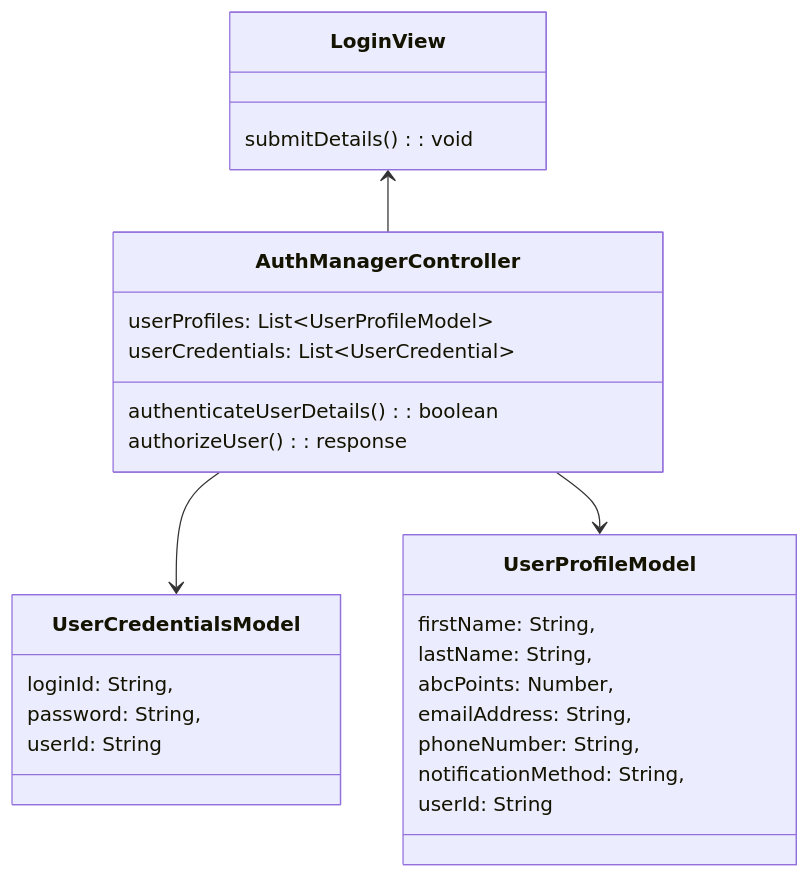
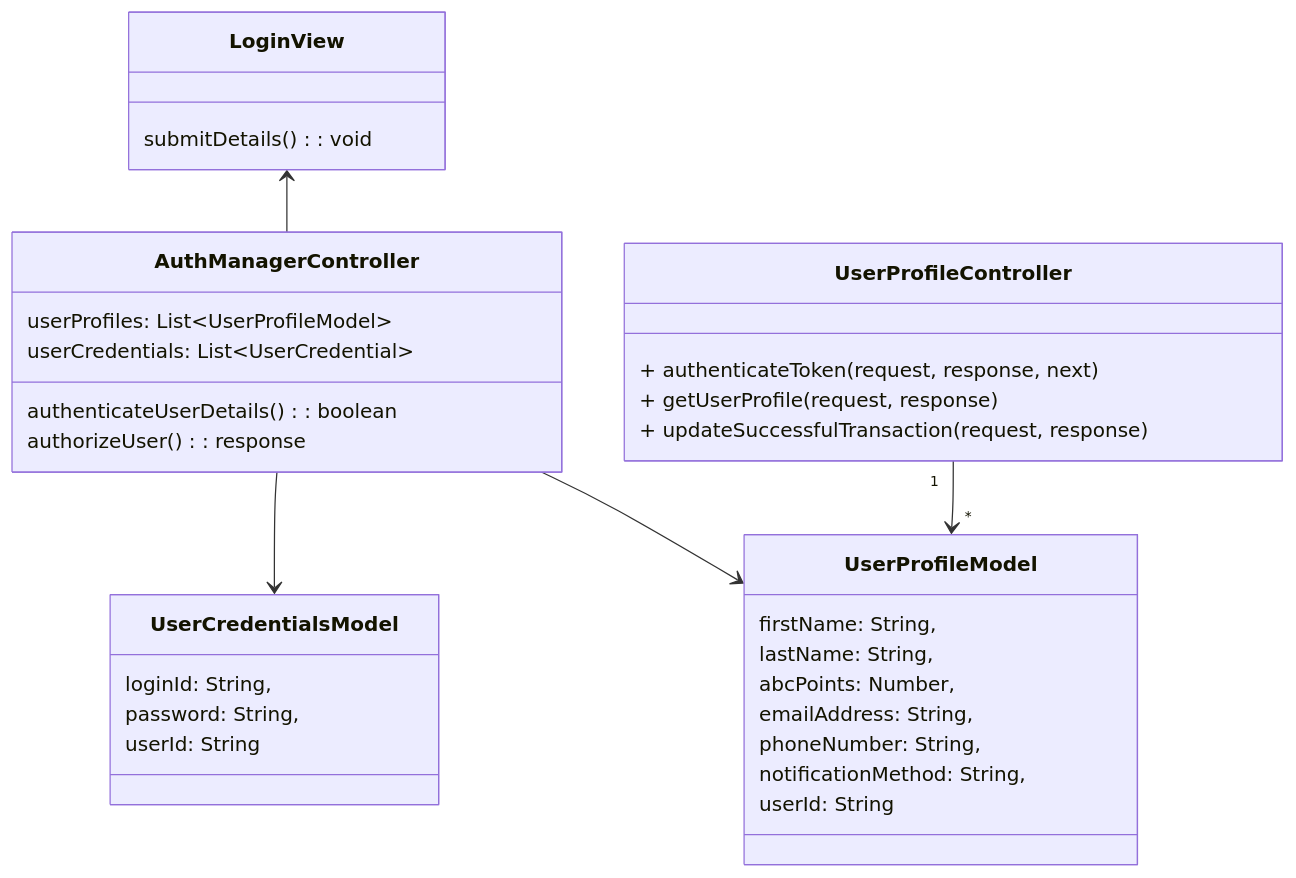
One commit to Sean2309/50.003_ESC_Project changed the first of 16 diagrams in UML Class Diagrams/mvcClass.md. Above: the diagram before and after it, drawn with Mermaid.

Commit message:
feat: update ClassDiagram

````diff
--- a/UML Class Diagrams/mvcClass.md
+++ b/UML Class Diagrams/mvcClass.md
@@ -4,35 +4,44 @@
 ```mermaid
 classDiagram
 
 LoginView <-- AuthManagerController
 AuthManagerController --> UserCredentialsModel 
 AuthManagerController --> UserProfileModel 
 
 class LoginView{
     submitDetails(): void
 }
 
 class UserCredentialsModel{
   loginId: String,
   password: String,
   userId: String
 }
 
 class UserProfileModel{
     firstName: String,
     lastName: String,
     abcPoints: Number,
     emailAddress: String,
     phoneNumber: String,
     notificationMethod: String,
     userId: String
 }
 
 class AuthManagerController{
     userProfiles: List<<User>UserProfileModel>
     userCredentials: List<<User>UserCredential>
     authenticateUserDetails(): boolean
     authorizeUser(): response
 }
 
+class UserProfileController {
+    + authenticateToken(request, response, next)
+    + getUserProfile(request, response)
+    + updateSuccessfulTransaction(request, response)
+  }
+  
+
+  UserProfileController "1" --> "*" UserProfileModel
+
 ```
````
